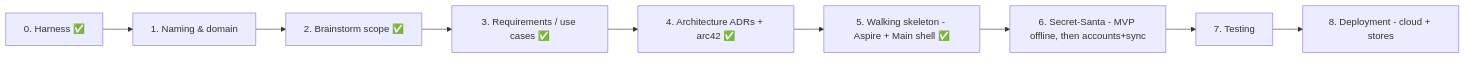
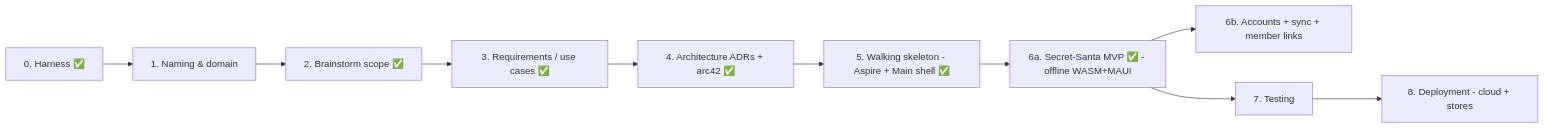
One commit to CircleTools-ch/circletools-suite changed the diagram in docs/roadmap/roadmap.md. Above: the diagram before and after it, drawn with Mermaid. The commit also changed other lines of this file and 152 other files, not shown here.

````diff
--- a/docs/roadmap/roadmap.md
+++ b/docs/roadmap/roadmap.md
@@ -5,11 +5,12 @@
 ```mermaid
 flowchart LR
     H[0. Harness ✅] --> N[1. Naming & domain]
     N --> B[2. Brainstorm scope ✅]
     B --> R[3. Requirements / use cases ✅]
     R --> A[4. Architecture ADRs + arc42 ✅]
     A --> W[5. Walking skeleton - Aspire + Main shell ✅]
-    W --> S[6. Secret-Santa - MVP offline, then accounts+sync]
+    W --> S[6a. Secret-Santa MVP ✅ - offline WASM+MAUI]
+    S --> S2[6b. Accounts + sync + member links]
     S --> T[7. Testing]
     T --> D[8. Deployment - cloud + stores]
 ```
````
